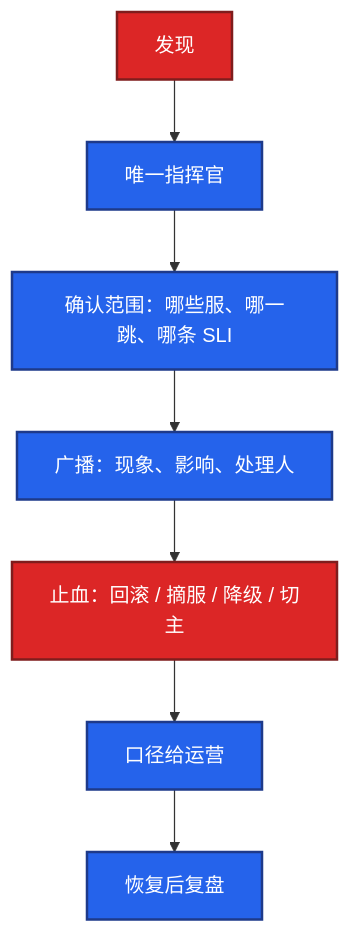
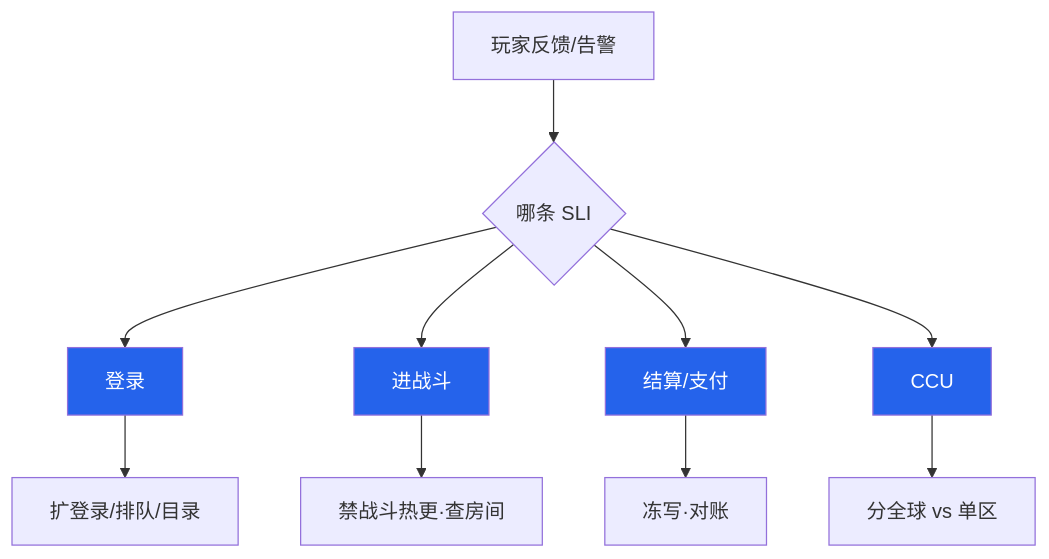
One commit to ml-cuizijun/LearnToLilith changed the fourth of 6 diagrams in 08-游戏运维专题/09-游戏SRE稳定性/知识点.md. Above: the diagram before and after it, drawn with Mermaid. The commit also changed other lines of this file and 213 other files, not shown here.

````diff
--- a/08-游戏运维专题/09-游戏SRE稳定性/知识点.md
+++ b/08-游戏运维专题/09-游戏SRE稳定性/知识点.md
@@ -387,13 +140,15 @@
 ```mermaid
 flowchart TB
-    A[发现] --> B[唯一指挥官]
-    B --> C[确认范围：哪些服、哪一跳、哪条 SLI]
-    C --> D[广播：现象、影响、处理人]
-    D --> E[止血：回滚 / 摘服 / 降级 / 切主]
-    E --> F[口径给运营]
-    F --> G[恢复后复盘]
-    classDef a fill:#DC2626,stroke:#7F1D1D,stroke-width:2px,color:#fff
-    classDef b fill:#2563EB,stroke:#1E3A8A,stroke-width:2px,color:#fff
-    class A,E a
-    class B,C,D,F,G b
+    A[玩家反馈/告警] --> B{哪条 SLI}
+    B --> C[登录]
+    B --> D[进战斗]
+    B --> E[结算/支付]
+    B --> F[CCU]
+    C --> G[扩登录/排队/目录]
+    D --> H[禁战斗热更·查房间]
+    E --> I[冻写·对账]
+    F --> J[分全球 vs 单区]
+
+    classDef s fill:#2563EB,color:#fff
+    class C,D,E,F s
 ```
````
